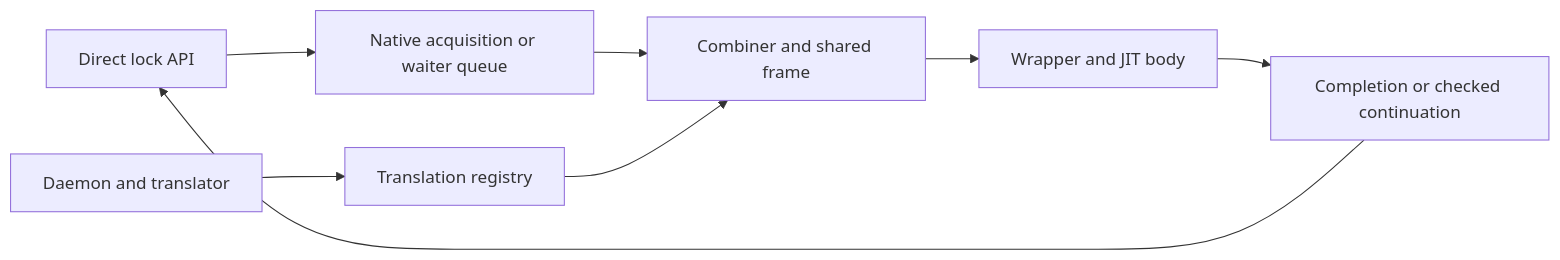
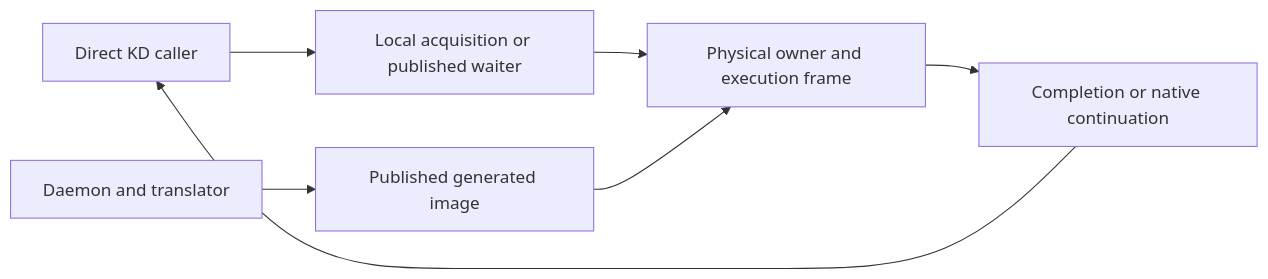
One commit to hailongeric/kdlock changed the diagram in docs/DESIGN.md. Above: the diagram before and after it, drawn with Mermaid. The commit also changed other lines of this file and 36 other files, not shown here.

````diff
--- a/docs/DESIGN.md
+++ b/docs/DESIGN.md
@@ -75,10 +25,9 @@
 ```mermaid
 flowchart LR
-    Caller[Direct lock API] --> Queue[Native acquisition or waiter queue]
-    Queue --> Combiner[Combiner and shared frame]
-    Registry[Translation registry] --> Combiner
-    Daemon[Daemon and translator] --> Registry
-    Combiner --> Wrapper[Wrapper and JIT body]
-    Wrapper --> Exit[Completion or checked continuation]
-    Exit --> Caller
+    Caller[Direct KD caller] --> Lock[Local acquisition or published waiter]
+    Lock --> Executor[Physical owner and execution frame]
+    Daemon[Daemon and translator] --> Image[Published generated image]
+    Image --> Executor
+    Executor --> Return[Completion or native continuation]
+    Return --> Caller
 ```
````
